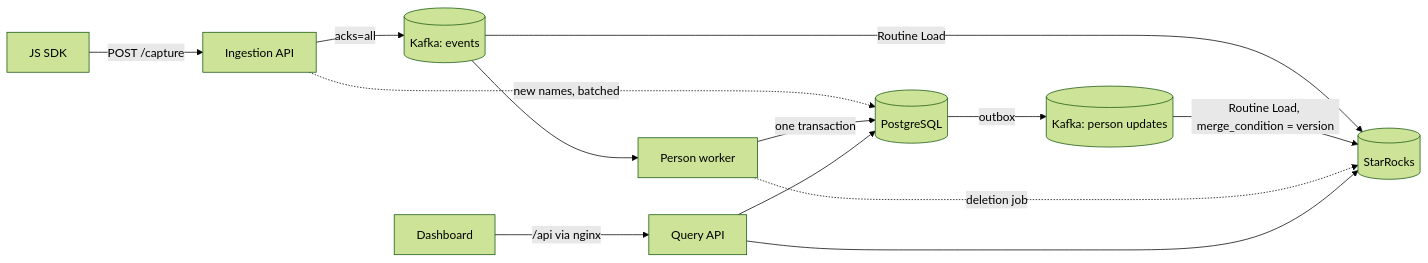
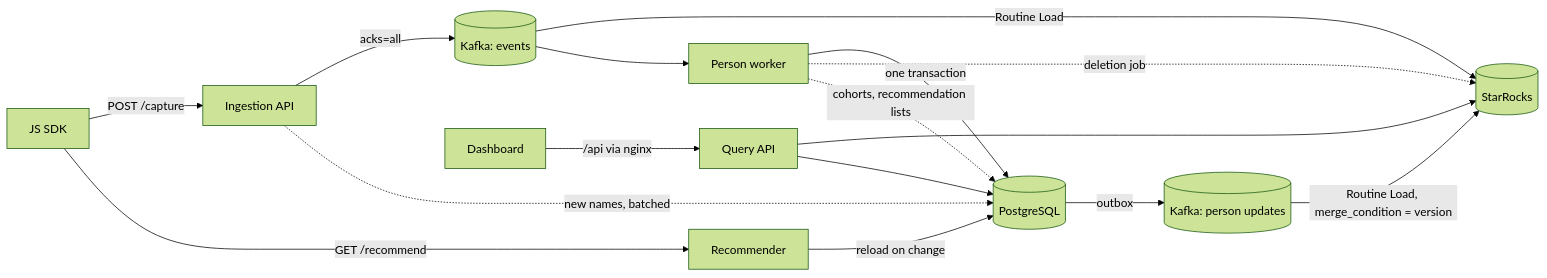
Before and after one commit to guvenimat/ReapDeep: the diagram in docs/architecture.md, drawn with Mermaid (forest theme). The commit also changed other lines of this file and 7 other files, not shown here.

````diff
--- a/docs/architecture.md
+++ b/docs/architecture.md
@@ -23,15 +23,18 @@
 ```mermaid
 flowchart LR
     SDK["JS SDK"] -->|"POST /capture"| ING["Ingestion API"]
     ING -->|"acks=all"| K[("Kafka: events")]
     ING -. "new names, batched" .-> PG
     K -->|"Routine Load"| SR[("StarRocks")]
     K --> PW["Person worker"]
     PW -->|"one transaction"| PG[("PostgreSQL")]
     PG -->|"outbox"| KU[("Kafka: person updates")]
     KU -->|"Routine Load, merge_condition = version"| SR
     PW -. "deletion job" .-> SR
     QA["Query API"] --> SR
     QA --> PG
     DB["Dashboard"] -->|"/api via nginx"| QA
+    PW -. "cohorts, recommendation lists" .-> PG
+    RC["Recommender"] -->|"reload on change"| PG
+    SDK -->|"GET /recommend"| RC
 ```
````
